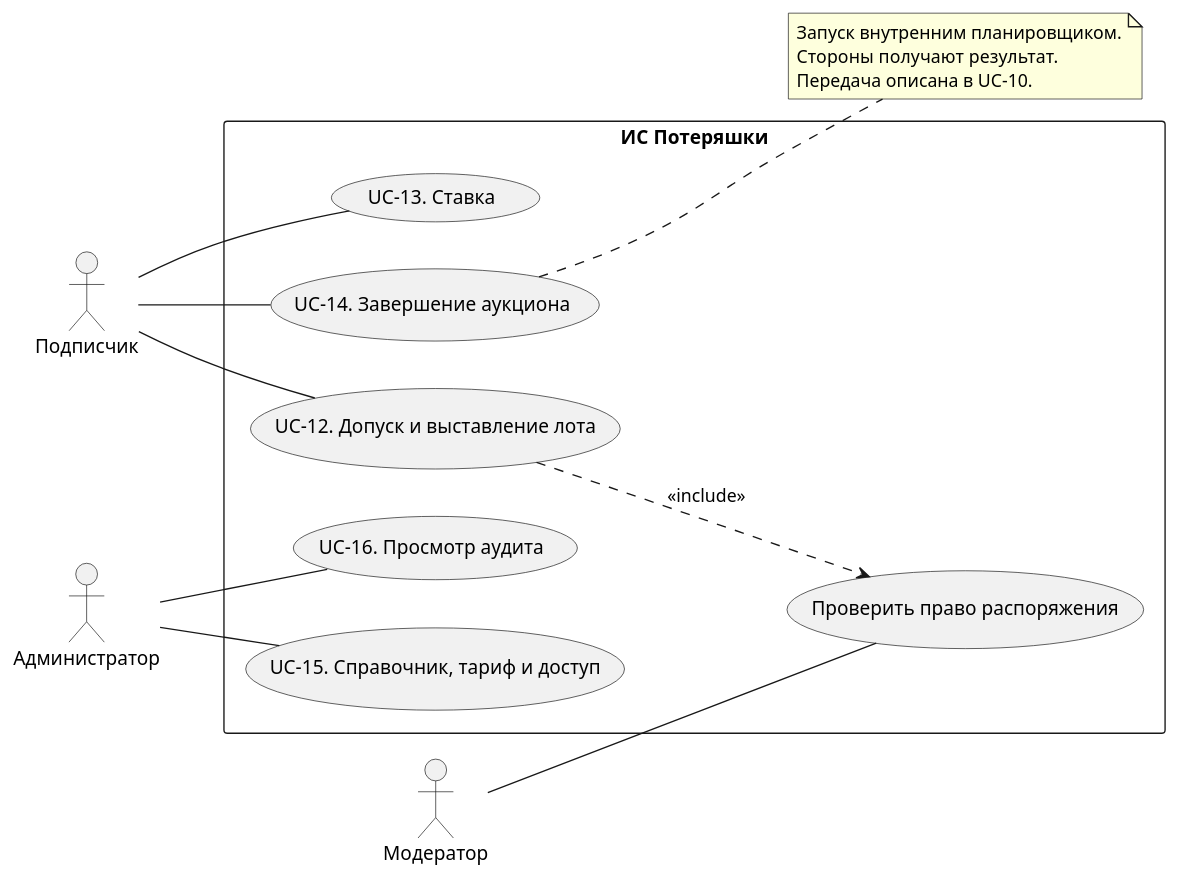
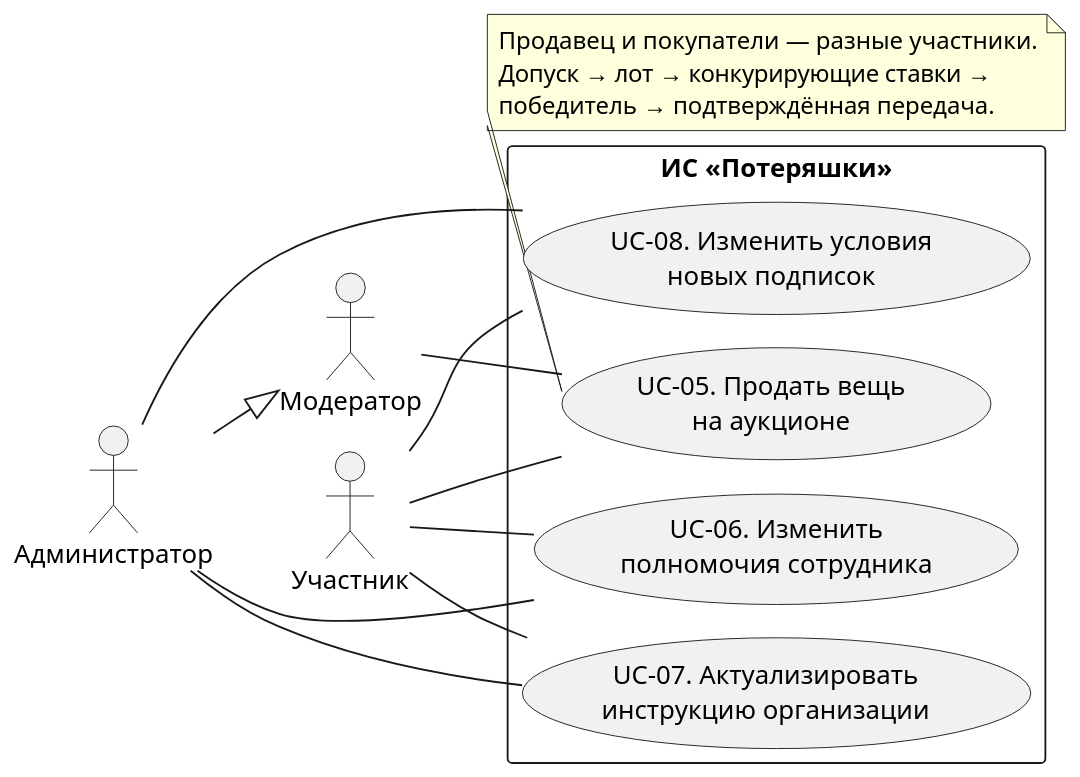
Before and after one commit to evgrart/Information-system-course-work: the diagram in docs/part1/uml/03_auction.puml, drawn with PlantUML. The commit also changed 20 other files, not shown here.

```diff
--- a/docs/part1/uml/03_auction.puml
+++ b/docs/part1/uml/03_auction.puml
@@ -1,28 +1,30 @@
 @startuml
+!pragma layout smetana
 left to right direction
+skinparam dpi 130
 skinparam shadowing false
 skinparam defaultFontName Arial
-actor "Подписчик" as Subscriber
+actor "Участник" as Member
 actor "Модератор" as Moderator
 actor "Администратор" as Admin
-rectangle "ИС Потеряшки" {
-usecase "UC-12. Допуск и выставление лота" as U12
-usecase "Проверить право распоряжения" as Permission
-usecase "UC-13. Ставка" as U13
-usecase "UC-14. Завершение аукциона" as U14
-usecase "UC-15. Справочник, тариф и доступ" as U15
-usecase "UC-16. Просмотр аудита" as U16
+Admin --|> Moderator
+rectangle "ИС «Потеряшки»" {
+  usecase "UC-05. Продать вещь\nна аукционе" as Auction
+  usecase "UC-06. Изменить\nполномочия сотрудника" as Roles
+  usecase "UC-07. Актуализировать\nинструкцию организации" as Directory
+  usecase "UC-08. Изменить условия\nновых подписок" as Tariff
 }
-Subscriber -- U12
-Subscriber -- U13
-Subscriber -- U14
-Moderator -- Permission
-Admin -- U15
-Admin -- U16
-U12 ..> Permission : <<include>>
-note right of U14
-Запуск внутренним планировщиком.
-Стороны получают результат.
-Передача описана в UC-10.
+Member -- Auction
+Moderator -- Auction
+Member -- Roles
+Admin -- Roles
+Member -- Directory
+Admin -- Directory
+Member -- Tariff
+Admin -- Tariff
+note bottom of Auction
+  Продавец и покупатели — разные участники.
+  Допуск → лот → конкурирующие ставки →
+  победитель → подтверждённая передача.
 end note
 @enduml
```
